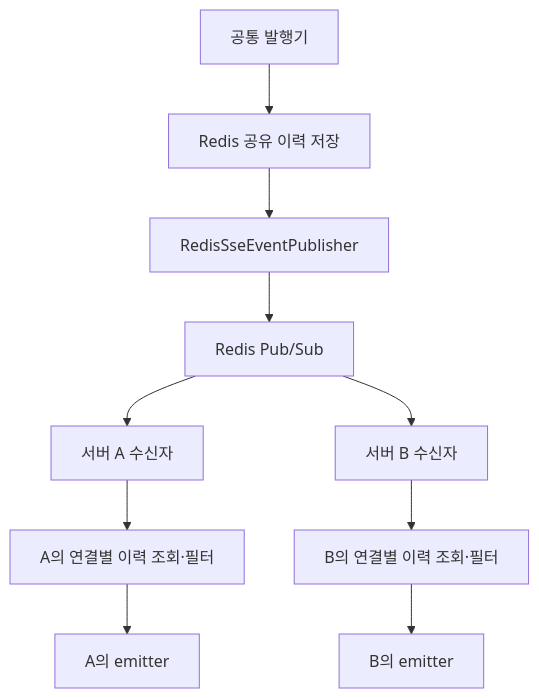
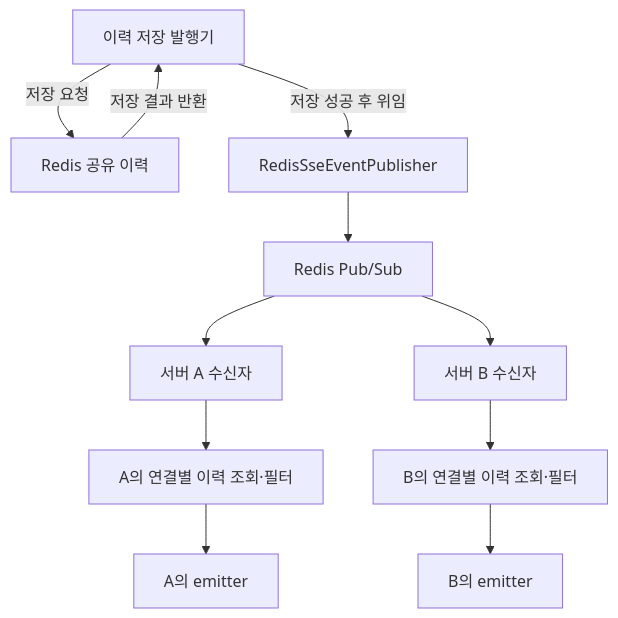
Before and after one commit to codeit-backend13-part4-team1/playlist_for_everyone: the diagram in docs/sse/06-redis-transport.md, drawn with Mermaid. The commit also changed other lines of this file and 31 other files, not shown here.

````diff
--- a/docs/sse/06-redis-transport.md
+++ b/docs/sse/06-redis-transport.md
@@ -8,12 +8,13 @@
 ```mermaid
 flowchart TD
-    P["공통 발행기"] --> H["Redis 공유 이력 저장"]
-    H --> T["RedisSseEventPublisher"]
+    P["이력 저장 발행기"] -->|저장 요청| H["Redis 공유 이력"]
+    H -->|저장 결과 반환| P
+    P -->|저장 성공 후 위임| T["RedisSseEventPublisher"]
     T --> R["Redis Pub/Sub"]
     R --> A["서버 A 수신자"]
     R --> B["서버 B 수신자"]
     A --> DA["A의 연결별 이력 조회·필터"]
     B --> DB["B의 연결별 이력 조회·필터"]
     DA --> EA["A의 emitter"]
     DB --> EB["B의 emitter"]
 ```
````
